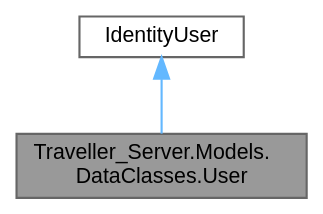
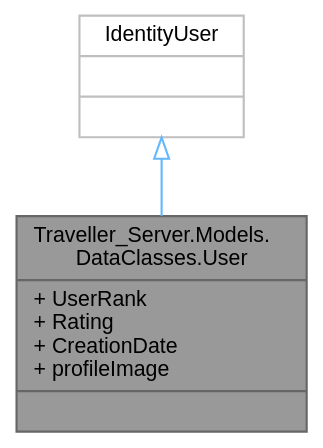
Before and after one commit to VenelinArgirov/manual-tecnico.github.io: the diagram in Servidor/class_traveller___server_1_1_models_1_1_data_classes_1_1_user__inherit__graph.dot, drawn with Graphviz. The commit also changed 813 other files, not shown here.

```diff
--- a/Servidor/class_traveller___server_1_1_models_1_1_data_classes_1_1_user__inherit__graph.dot
+++ b/Servidor/class_traveller___server_1_1_models_1_1_data_classes_1_1_user__inherit__graph.dot
@@ -1,10 +1,10 @@
 digraph "Traveller_Server.Models.DataClasses.User"
 {
  // LATEX_PDF_SIZE
   bgcolor="transparent";
   edge [fontname=Helvetica,fontsize=10,labelfontname=Helvetica,labelfontsize=10];
   node [fontname=Helvetica,fontsize=10,shape=box,height=0.2,width=0.4];
-  Node1 [label="Traveller_Server.Models.\lDataClasses.User",height=0.2,width=0.4,color="gray40", fillcolor="grey60", style="filled", fontcolor="black",tooltip="User class, used to represent a user in the application or dashboard. Extended from the IdentityUser ..."];
-  Node2 -> Node1 [dir="back",color="steelblue1",style="solid"];
-  Node2 [label="IdentityUser",height=0.2,width=0.4,color="gray40", fillcolor="white", style="filled",tooltip=" "];
+  Node1 [shape=record,label="{Traveller_Server.Models.\lDataClasses.User\n|+ UserRank\l+ Rating\l+ CreationDate\l+ profileImage\l|}",height=0.2,width=0.4,color="gray40", fillcolor="grey60", style="filled", fontcolor="black",tooltip="User class, used to represent a user in the application or dashboard. Extended from the IdentityUser ..."];
+  Node2 -> Node1 [dir="back",color="steelblue1",style="solid",arrowtail="onormal"];
+  Node2 [shape=record,label="{IdentityUser\n||}",height=0.2,width=0.4,color="grey75", fillcolor="white", style="filled",tooltip=" "];
 }
```
